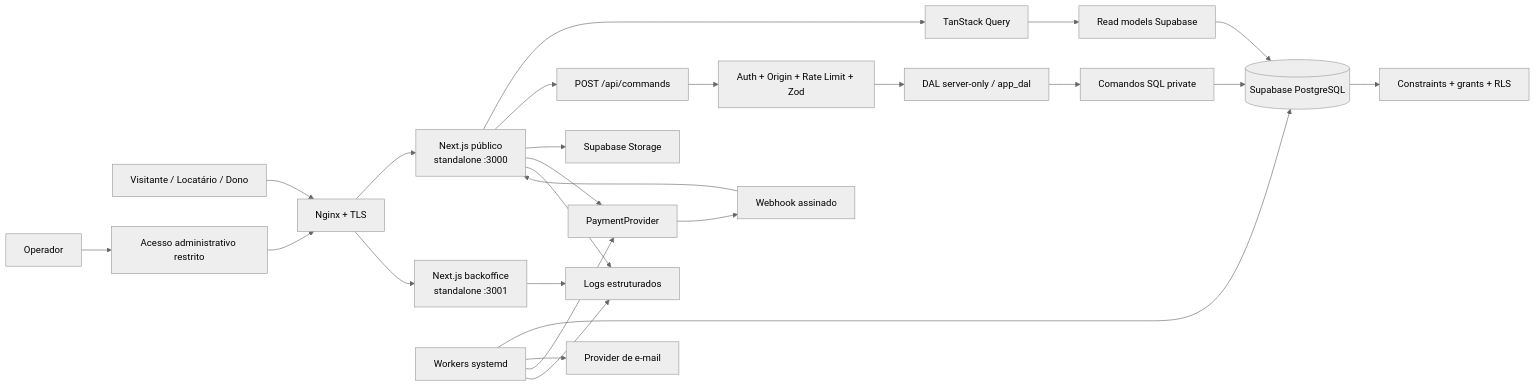
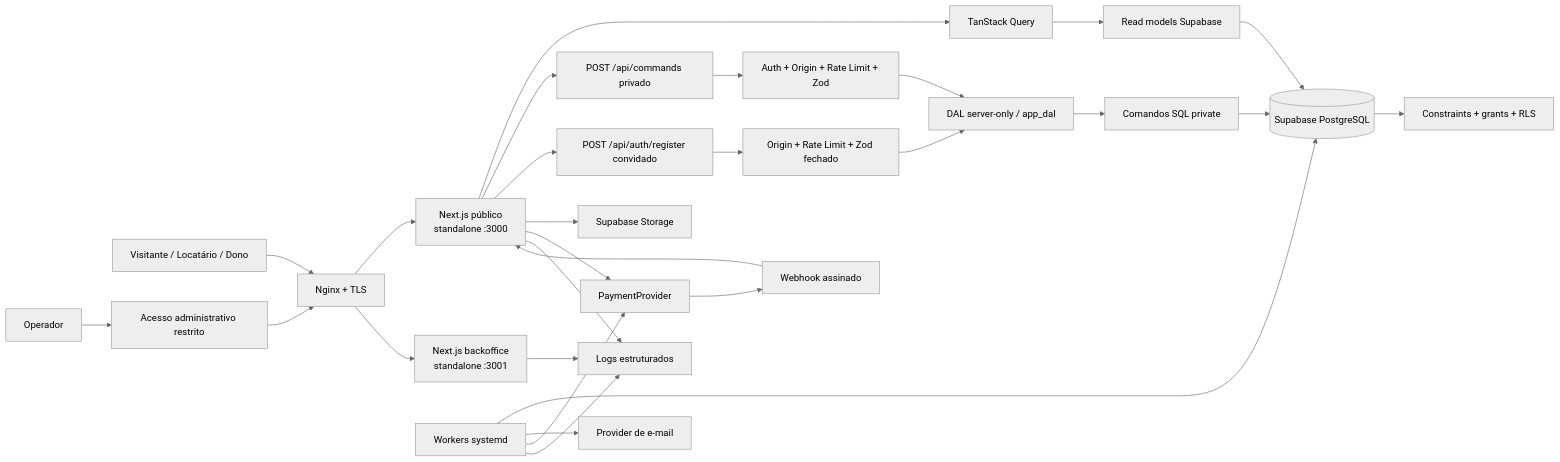
The diagram in docs/architecture.md (PedroRomeroM/set-livre), drawn with Mermaid (neutral theme) before and after one commit. The commit also changed other lines of this file and 41 other files, not shown here.

````diff
--- a/docs/architecture.md
+++ b/docs/architecture.md
@@ -5,32 +5,35 @@
 ```mermaid
 flowchart LR
     V[Visitante / Locatário / Dono] --> NG[Nginx + TLS]
     O[Operador] --> VPN[Acesso administrativo restrito]
     VPN --> NG
 
     NG --> WEB[Next.js público\nstandalone :3000]
     NG --> BO[Next.js backoffice\nstandalone :3001]
 
     WEB --> TQ[TanStack Query]
     TQ --> RM[Read models Supabase]
-    WEB --> CMD[POST /api/commands]
+    WEB --> CMD[POST /api/commands privado]
+    WEB --> REG[POST /api/auth/register convidado]
     CMD --> AUTH[Auth + Origin + Rate Limit + Zod]
+    REG --> GUEST[Origin + Rate Limit + Zod fechado]
     AUTH --> DAL[DAL server-only / app_dal]
+    GUEST --> DAL
     DAL --> SQL[Comandos SQL private]
     SQL --> PG[(Supabase PostgreSQL)]
     RM --> PG
 
     WEB --> ST[Supabase Storage]
     WEB --> PAY[PaymentProvider]
     PAY --> WH[Webhook assinado]
     WH --> WEB
 
     W[Workers systemd] --> PG
     W --> EMAIL[Provider de e-mail]
     W --> PAY
 
     PG --> RLS[Constraints + grants + RLS]
     WEB --> LOG[Logs estruturados]
     BO --> LOG
     W --> LOG
 ```
````
